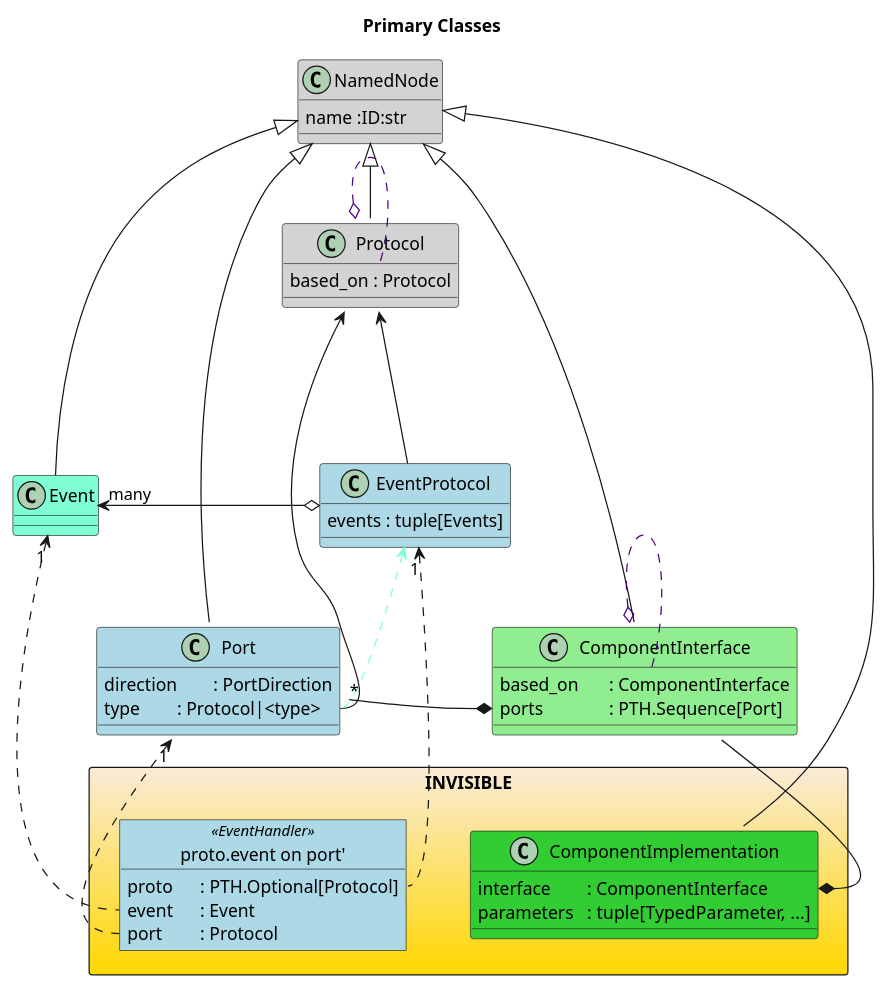
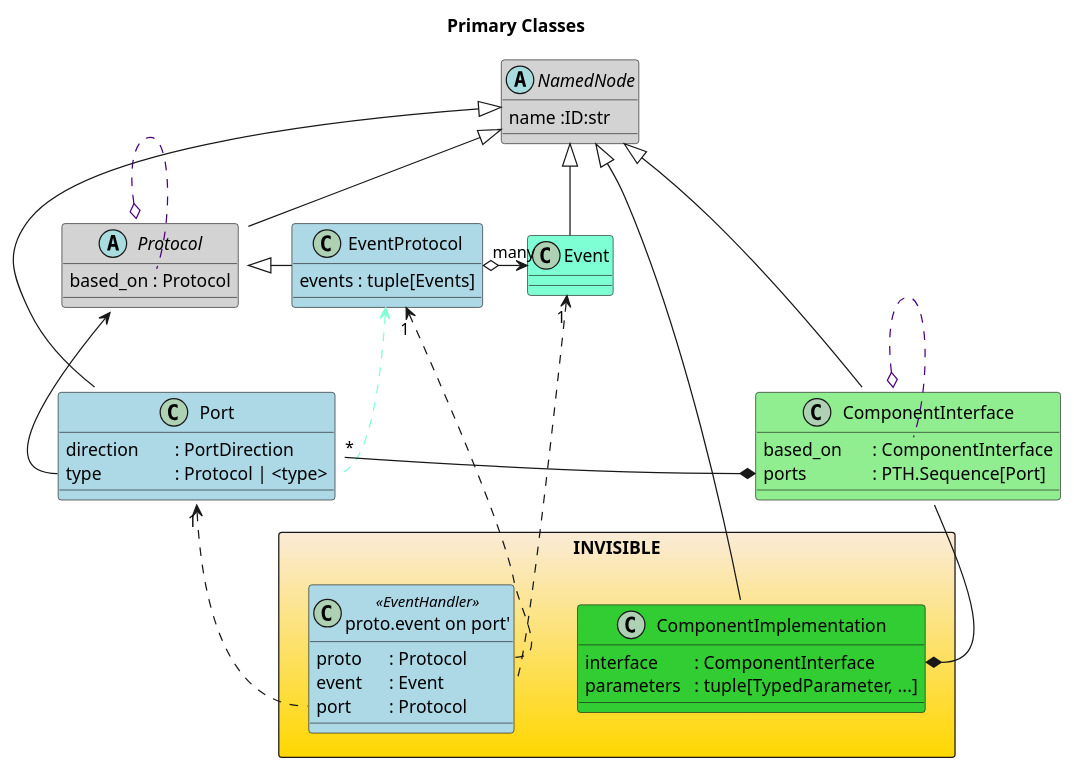
The diagram in CCastle/3.Design/B.Workshop/AIGR/ConnectingComponents/PClasses.puml (AlbertMietus/DocIdeas.hg), drawn with PlantUML before and after one commit. The commit also changed 1 other file, not shown here.

```diff
--- a/CCastle/3.Design/B.Workshop/AIGR/ConnectingComponents/PClasses.puml
+++ b/CCastle/3.Design/B.Workshop/AIGR/ConnectingComponents/PClasses.puml
@@ -1,60 +1,61 @@
 @startuml
 title: Primary Classes
 
-class NamedNode #lightgray {
+abstract NamedNode #lightgray {
    name :ID:str
 }
 
-class Protocol #lightgray{
+abstract Protocol #lightgray{
     based_on : Protocol
 }
-NamedNode <|--Protocol
+NamedNode <|-- Protocol
 Protocol o... Protocol::based_on #Indigo
 
 class Event #AquaMarine {}
 NamedNode <|--Event
 
 class EventProtocol #lightBlue {
    events : tuple[Events]
 }
-Protocol <--- EventProtocol
-Event "many" <-o EventProtocol
+Protocol <|- EventProtocol
+
+EventProtocol o-> "many" Event
 
 class Port #lightBlue {
    direction \t: PortDirection
-   type      \t: Protocol|<type>
+   type \t\t: Protocol | <type>
 }
 NamedNode     <|-- Port
 Protocol       <-- Port::type
 EventProtocol  <.. Port::type #AquaMarine
 
 
 class ComponentInterface #lightGreen{
     based_on \t: ComponentInterface
     ports  \t\t: PTH.Sequence[Port]
 }
 NamedNode <|-- ComponentInterface
 Port "*" -*   ComponentInterface::ports
 ComponentInterface o... ComponentInterface::based_on  #Indigo
 
 package  INVISIBLE  <<Rectangle>> #AntiqueWhite-Gold {
 class ComponentImplementation #limeGreen{
   interface   \t: ComponentInterface
   parameters  \t: tuple[TypedParameter, ...]
 }
 NamedNode <|--ComponentImplementation
 ComponentInterface --* ComponentImplementation::interface
 
-object "proto.event on port'" as EV1 <<EventHandler>> #lightBlue {
-  proto \t: PTH.Optional[Protocol]
+class "proto.event on port'" as EV1 <<EventHandler>> #lightBlue {
+  proto \t: Protocol
   event \t: Event
   port  \t: Protocol
 }
 EventProtocol "1" <.. EV1::proto
 Event         "1" <.. EV1::event
 Port          "1" <.. EV1::port
 
 
 
 }
 @enduml
```
